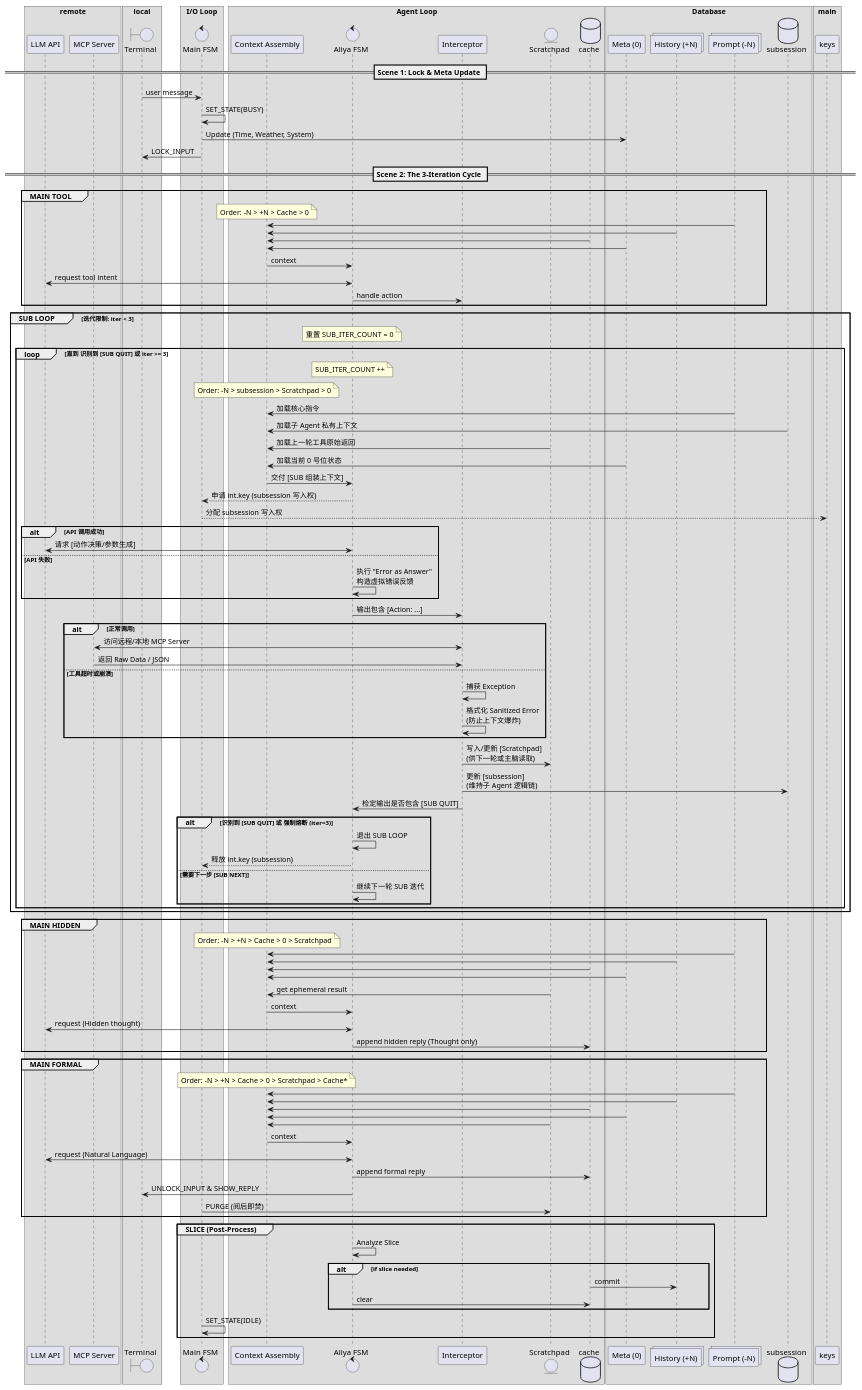
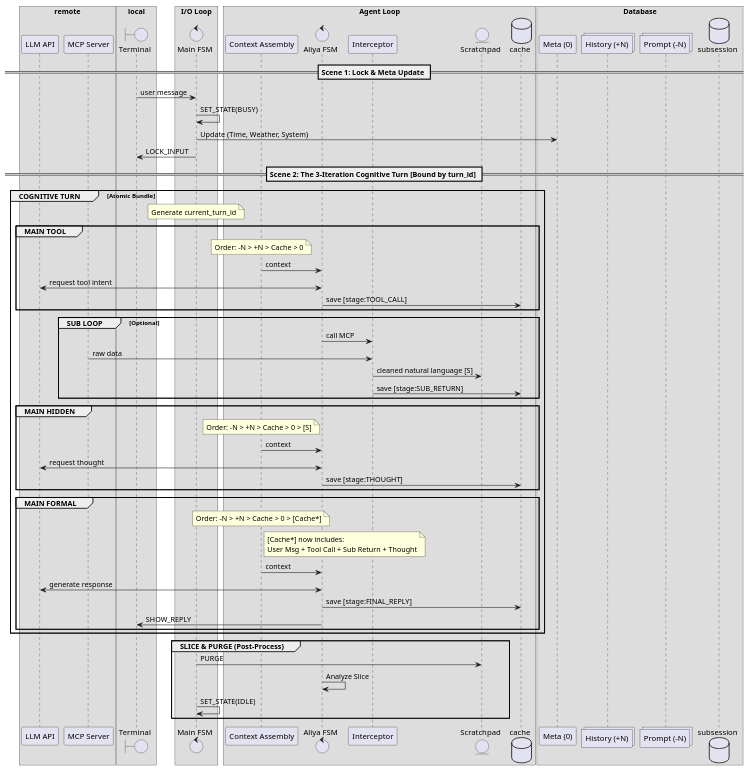
The diagram in arch/seq_new.puml (Mikhail-YellowBegonia/Aliya_AI), drawn with PlantUML before and after one commit. The commit also changed 1 other file, not shown here.

```diff
--- a/arch/seq_new.puml
+++ b/arch/seq_new.puml
@@ -1,142 +1,83 @@
 @startuml seq_v2_safe
 
 box "remote"
 participant "LLM API" as api
 participant "MCP Server" as mcp
 end box
 
 box "local"
 boundary "Terminal" as cli
 end box
 
 box "main"
 box "I/O Loop"
 control "Main FSM" as main
 end box
 
 box "Agent Loop"
 participant "Context Assembly" as asm
 control "Aliya FSM" as aliya
 participant "Interceptor" as intrcpt
 ' 内存中的临时对象，阅后即焚
 entity "Scratchpad" as scratch
 database "cache"
 end box
 
 box "Database"
 participant "Meta (0)" as meta
 collections "History (+N)" as r.db
 collections "Prompt (-N)" as rw.db
 database "subsession"
 end box
 
 == Scene 1: Lock & Meta Update ==
 
 cli -> main : user message
 main -> main : SET_STATE(BUSY)
 ' 在处理任何逻辑前，先刷新瞬时感官
 main -> meta : Update (Time, Weather, System)
 main -> cli : LOCK_INPUT
 
-== Scene 2: The 3-Iteration Cycle ==
+== Scene 2: The 3-Iteration Cognitive Turn [Bound by turn_id] ==
 
-group MAIN TOOL
-    note over asm : Order: -N > +N > Cache > 0
-    rw.db -> asm
-    r.db -> asm
-    cache -> asm
-    meta -> asm
-    asm -> aliya : context
-    aliya <-> api : request tool intent
-    aliya -> intrcpt : handle action
-end
+group COGNITIVE TURN [Atomic Bundle]
+    note over main : Generate current_turn_id
+    
+    group MAIN TOOL
+        note over asm : Order: -N > +N > Cache > 0
+        asm -> aliya : context
+        aliya <-> api : request tool intent
+        aliya -> cache : save [stage:TOOL_CALL]
+    end
 
-group SUB LOOP [迭代限制: iter < 3]
-    note over aliya : 重置 SUB_ITER_COUNT = 0
-    
-    loop 直到 识别到 [SUB QUIT] 或 iter >= 3
-        note over aliya : SUB_ITER_COUNT ++
-        
-        ' 步骤 1: 组装子循环专属上下文
-        note over asm : Order: -N > subsession > Scratchpad > 0
-        rw.db -> asm : 加载核心指令
-        subsession -> asm : 加载子 Agent 私有上下文
-        scratch -> asm : 加载上一轮工具原始返回
-        meta -> asm : 加载当前 0 号位状态
-        asm -> aliya : 交付 [SUB 组装上下文]
+    group SUB LOOP [Optional]
+        aliya -> intrcpt : call MCP
+        mcp -> intrcpt : raw data
+        intrcpt -> scratch : cleaned natural language [S]
+        intrcpt -> cache : save [stage:SUB_RETURN]
+    end
 
-        ' 步骤 2: 获取执行 Key 并进行 API 推理
-        aliya --> main : 申请 int.key (subsession 写入权)
-        main --> keys : 分配 subsession 写入权
-        
-        alt API 调用成功
-            aliya <-> api : 请求 [动作决策/参数生成]
-        else API 失败
-            aliya -> aliya : 执行 "Error as Answer"\n构造虚拟错误反馈
-        end
+    group MAIN HIDDEN
+        note over asm : Order: -N > +N > Cache > 0 > [S]
+        asm -> aliya : context
+        aliya <-> api : request thought
+        aliya -> cache : save [stage:THOUGHT]
+    end
 
-        ' 步骤 3: 拦截动作并调用 MCP
-        aliya -> intrcpt : 输出包含 [Action: ...]
-        
-        alt 正常调用
-            intrcpt <-> mcp : 访问远程/本地 MCP Server
-            mcp -> intrcpt : 返回 Raw Data / JSON
-        else 工具超时或崩溃
-            intrcpt -> intrcpt : 捕获 Exception
-            intrcpt -> intrcpt : 格式化 Sanitized Error\n(防止上下文爆炸)
-        end
-
-        ' 步骤 4: 写入 Scratchpad 与 subsession
-        intrcpt -> scratch : 写入/更新 [Scratchpad]\n(供下一轮或主脑读取)
-        intrcpt -> subsession : 更新 [subsession]\n(维持子 Agent 逻辑链)
-
-        ' 步骤 5: 退出判定
-        intrcpt -> aliya : 检定输出是否包含 [SUB QUIT]
-        
-        alt 识别到 [SUB QUIT] 或 强制熔断 (iter=3)
-            aliya -> aliya : 退出 SUB LOOP
-            aliya --> main : 释放 int.key (subsession)
-        else 需要下一步 [SUB NEXT]
-            aliya -> aliya : 继续下一轮 SUB 迭代
-        end
+    group MAIN FORMAL
+        note over asm : Order: -N > +N > Cache > 0 > [Cache*]
+        note right of asm : [Cache*] now includes:\nUser Msg + Tool Call + Sub Return + Thought
+        asm -> aliya : context
+        aliya <-> api : generate response
+        aliya -> cache : save [stage:FINAL_REPLY]
+        aliya -> cli : SHOW_REPLY
     end
 end
 
-group MAIN HIDDEN
-    note over asm : Order: -N > +N > Cache > 0 > Scratchpad
-    rw.db -> asm
-    r.db -> asm
-    cache -> asm
-    meta -> asm
-    scratch -> asm : get ephemeral result
-    asm -> aliya : context
-    aliya <-> api : request (Hidden thought)
-    aliya -> cache : append hidden reply (Thought only)
-end
-
-group MAIN FORMAL
-    note over asm : Order: -N > +N > Cache > 0 > Scratchpad > Cache*
-    rw.db -> asm
-    r.db -> asm
-' 这里的 cache 包含前面的对话，cache* 指当前轮次的最关键用户输入
-    cache -> asm 
-    meta -> asm
-    scratch -> asm 
-    asm -> aliya : context
-    aliya <-> api : request (Natural Language)
-    aliya -> cache : append formal reply
-    aliya -> cli : UNLOCK_INPUT & SHOW_REPLY
-' 任务结束，清空内存便签
-    main -> scratch : PURGE (阅后即焚)
-end
-
-group SLICE (Post-Process)
+group SLICE & PURGE (Post-Process)
+    main -> scratch : PURGE
     aliya -> aliya : Analyze Slice
-    alt if slice needed
-        cache -> r.db : commit
-        aliya -> cache : clear
-    end
     main -> main : SET_STATE(IDLE)
 end
 
 @enduml
```
